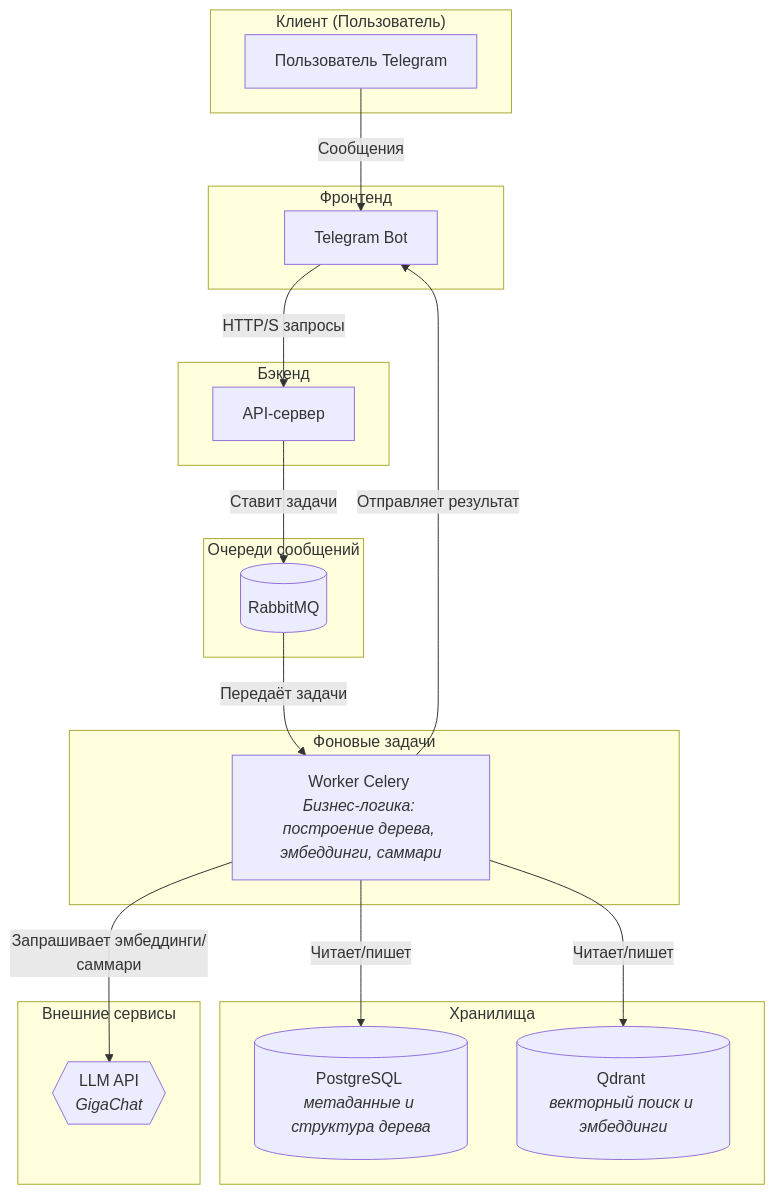
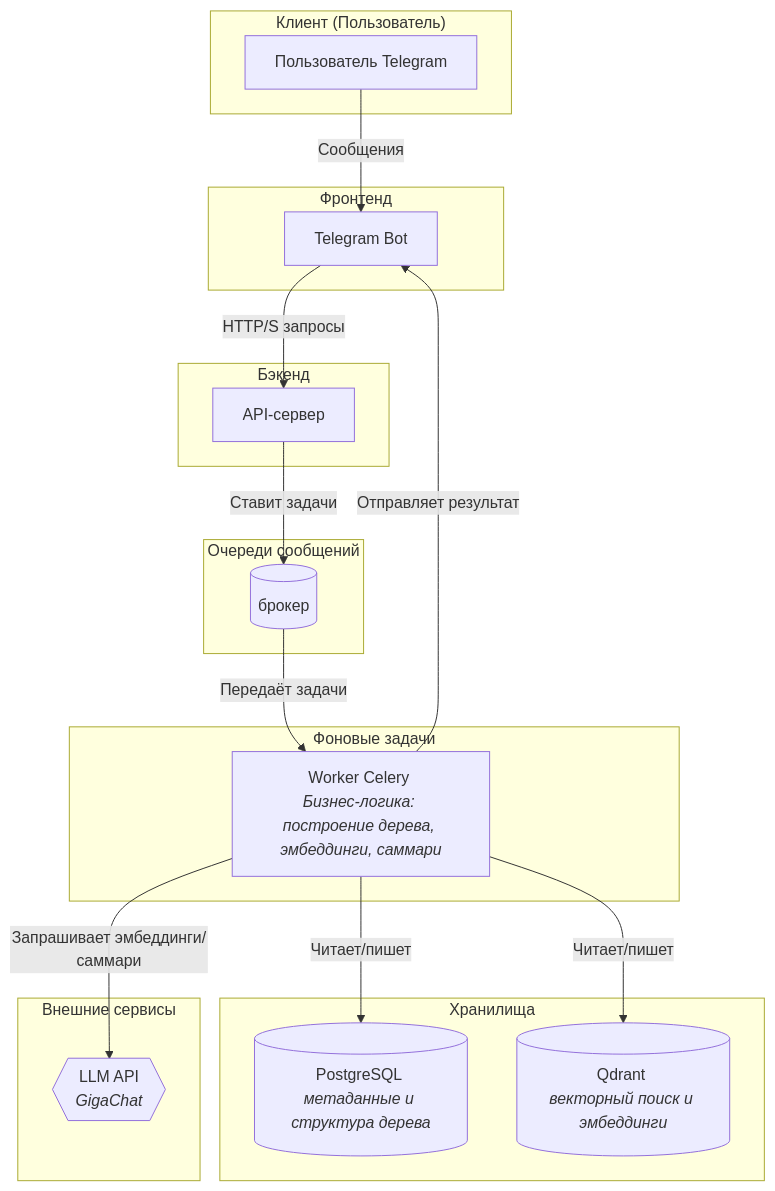
One commit to patolog123/Analyst-3.0 changed the diagram in Анастасия_Друзьянова/architect.MD. Above: the diagram before and after it, drawn with Mermaid.

````diff
--- a/Анастасия_Друзьянова/architect.MD
+++ b/Анастасия_Друзьянова/architect.MD
@@ -1,41 +1,41 @@
 ```mermaid
 graph TD
     subgraph "Клиент (Пользователь)"
         A[Пользователь Telegram]
     end
 
     subgraph "Фронтенд"
         B[Telegram Bot]
     end
 
     subgraph "Бэкенд"
         C[API-сервер]
     end
 
     subgraph "Очереди сообщений"
-        J[(RabbitMQ)]
+        J[(брокер)]
     end
 
     subgraph "Фоновые задачи"
         F[Worker Celery <br><i>Бизнес-логика: построение дерева, эмбеддинги, саммари</i>]
     end
 
     subgraph "Хранилища"
         G[(PostgreSQL <br><i>метаданные и структура дерева</i>)]
         I[(Qdrant <br><i>векторный поиск и эмбеддинги</i>)]
     end
 
     subgraph "Внешние сервисы"
         H{{LLM API <br><i>GigaChat</i>}}
     end
 
     %% Связи между компонентами
     A -- Сообщения --> B
     B -- HTTP/S запросы --> C
     C -- Ставит задачи --> J
     J -- Передаёт задачи --> F
     F -- Запрашивает эмбеддинги/саммари --> H
     F -- Читает/пишет --> G
     F -- Читает/пишет --> I
     F -- Отправляет результат --> B
 ```
````
